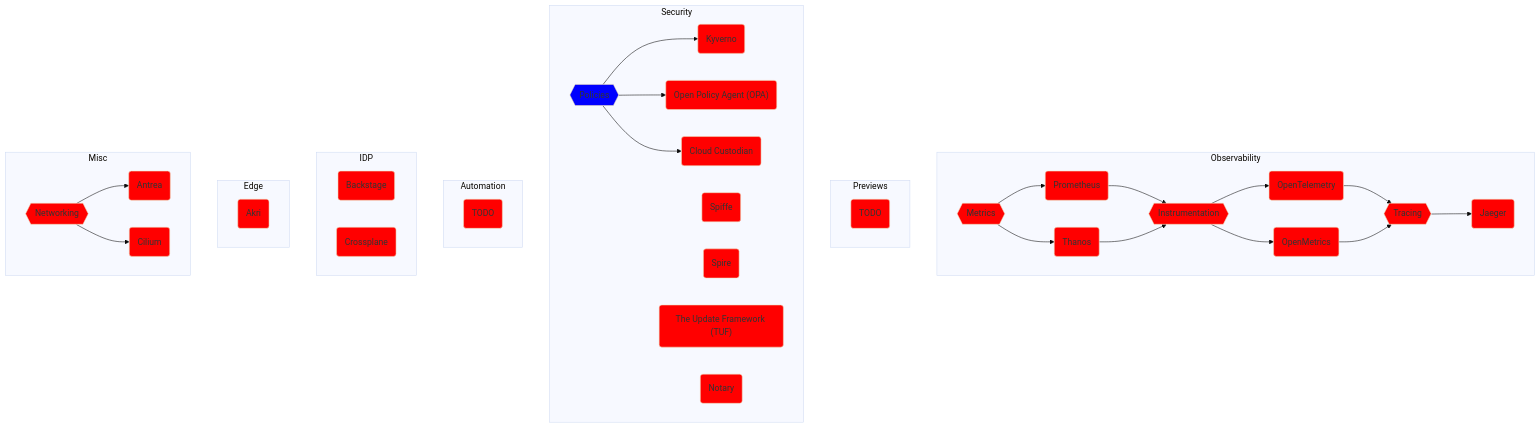
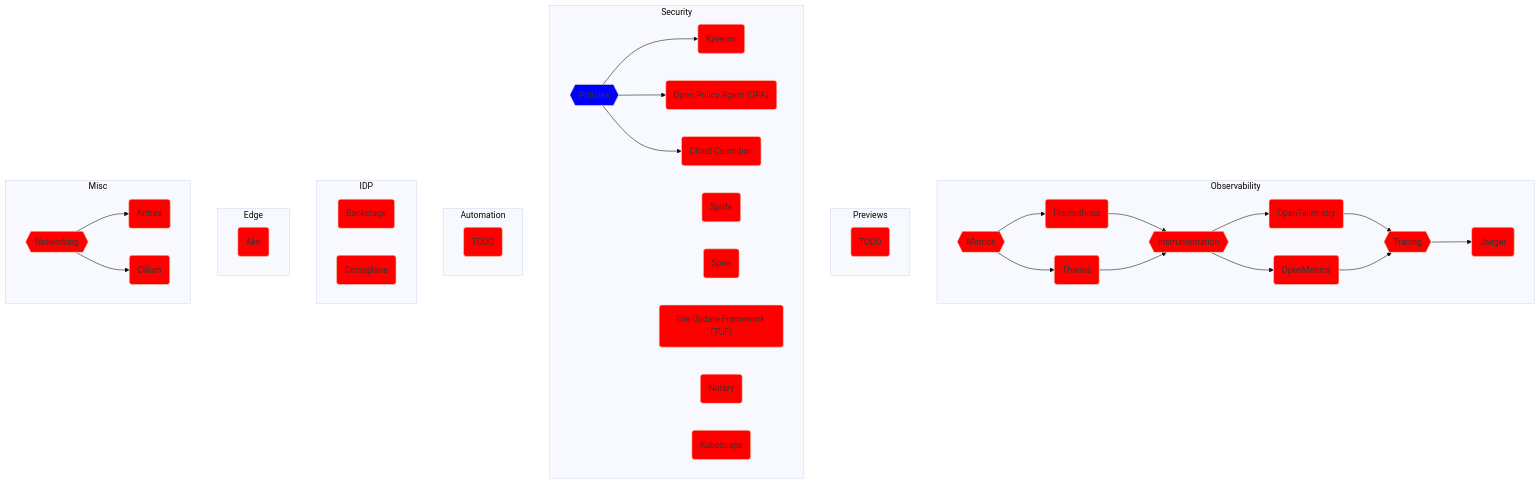
The third of 3 diagrams in solution.md (vfarcic/cncf-demo), drawn with Mermaid (base theme) before and after one commit. The commit also changed other lines of this file and 13 other files, not shown here.

```diff
--- a/solution.md
+++ b/solution.md
@@ -485,6 +497,8 @@
         style tuf fill:red
         notary(Notary)
         style notary fill:red
+        kubescape(Kubescape)
+        style kubescape fill:red
 
     end
 
```
